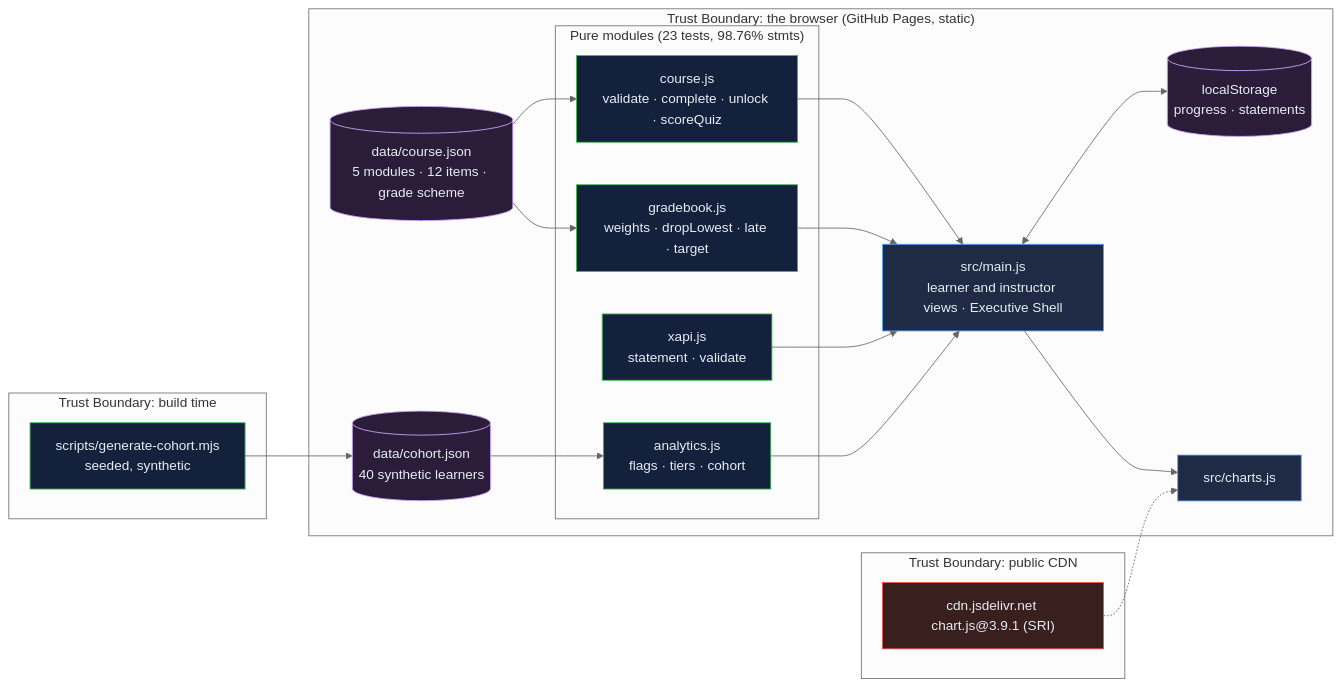
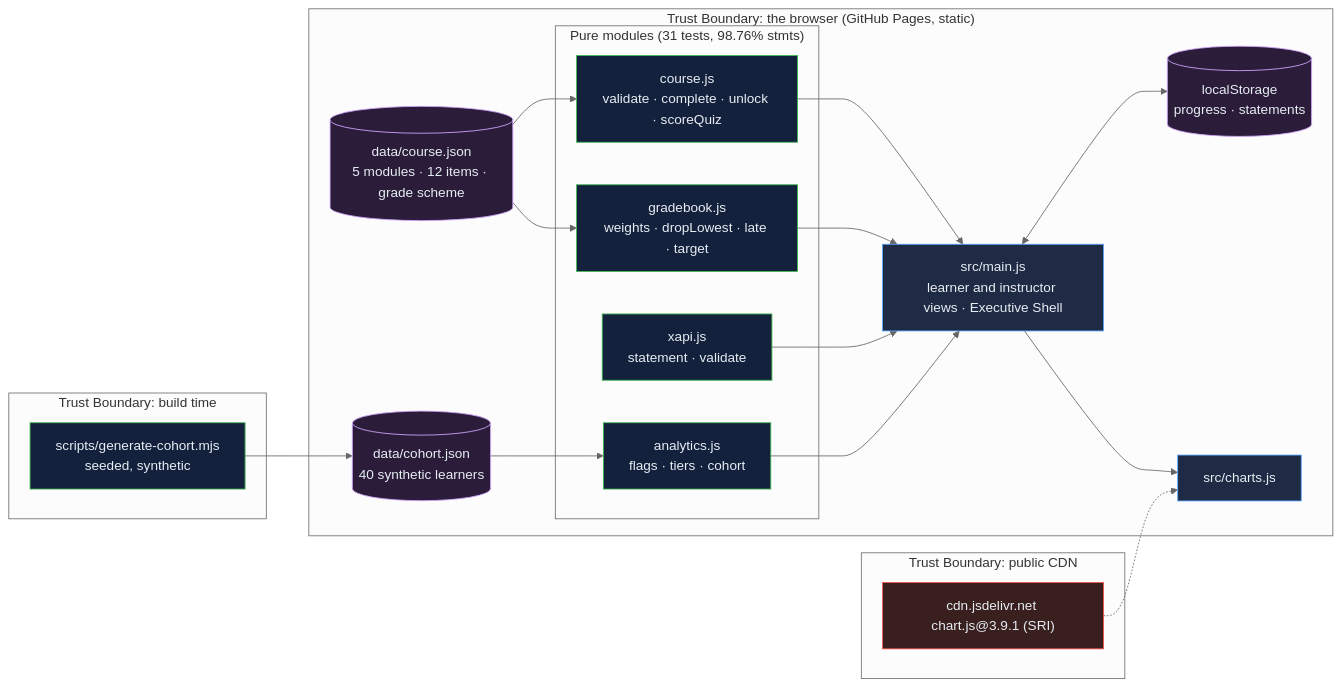
The diagram in README.md (Freddricklogan/Educational-LMS-Prototype), drawn with Mermaid (neutral theme) before and after one commit. The commit also changed 4 other files, not shown here.

````diff
--- a/README.md
+++ b/README.md
@@ -53,34 +53,34 @@
 ```mermaid
 flowchart LR
   subgraph TB0["Trust Boundary: build time"]
     GEN["scripts/generate-cohort.mjs<br/>seeded, synthetic"]:::service
   end
   subgraph TB1["Trust Boundary: the browser (GitHub Pages, static)"]
     COURSE[("data/course.json<br/>5 modules · 12 items · grade scheme")]:::data
     COHORT[("data/cohort.json<br/>40 synthetic learners")]:::data
-    subgraph PURE["Pure modules (23 tests, 98.76% stmts)"]
+    subgraph PURE["Pure modules (31 tests, 98.76% stmts)"]
       C["course.js<br/>validate · complete · unlock · scoreQuiz"]:::service
       G["gradebook.js<br/>weights · dropLowest · late · target"]:::service
       X["xapi.js<br/>statement · validate"]:::service
       A["analytics.js<br/>flags · tiers · cohort"]:::service
     end
     STORE[("localStorage<br/>progress · statements")]:::data
     MAIN["src/main.js<br/>learner and instructor views · Executive Shell"]:::client
     VIZ["src/charts.js"]:::client
   end
   subgraph TB2["Trust Boundary: public CDN"]
     CDN["cdn.jsdelivr.net chart.js@3.9.1 (SRI)"]:::security
   end
   GEN --> COHORT
   COURSE --> C --> MAIN
   COURSE --> G --> MAIN
   X --> MAIN
   COHORT --> A --> MAIN
   MAIN <--> STORE
   MAIN --> VIZ
   CDN -.-> VIZ
   classDef client fill:#1f2a44,stroke:#58A6FF,color:#e6edf3
   classDef service fill:#14213d,stroke:#3fb950,color:#e6edf3
   classDef data fill:#2b1d3a,stroke:#d2a8ff,color:#e6edf3
   classDef security fill:#3a1f1f,stroke:#f85149,color:#e6edf3
 ```
````
